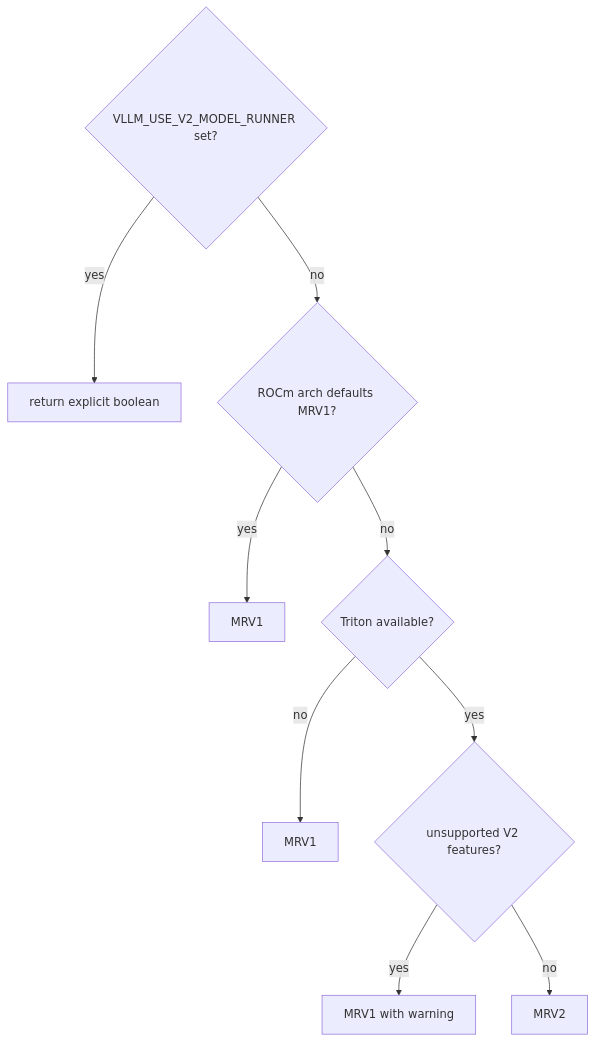
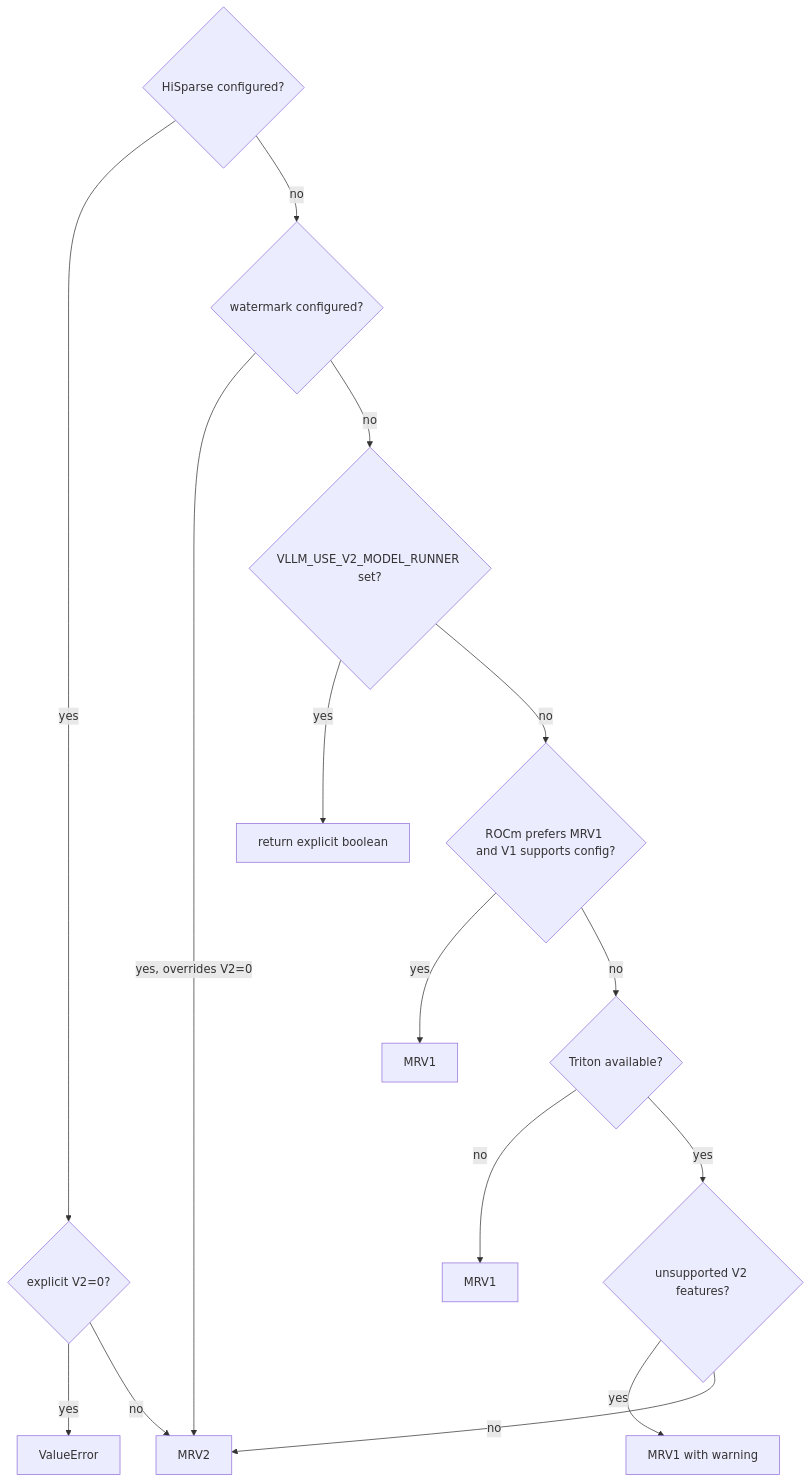
Diagram 36 of 41 in book/07-model-execution/README.md (cluster1900/vllm_reader), drawn with Mermaid before and after one commit. The commit also changed other lines of this file and 26 other files, not shown here.

````diff
--- a/book/07-model-execution/README.md
+++ b/book/07-model-execution/README.md
@@ -984,12 +1003,17 @@
 ```mermaid
 flowchart TD
-    ENV{"VLLM_USE_V2_MODEL_RUNNER set?"}
+    HS{"HiSparse configured?"} -->|yes| HSC{"explicit V2=0?"}
+    HSC -->|yes| ERR["ValueError"]
+    HSC -->|no| T["MRV2"]
+    HS -->|no| WM{"watermark configured?"}
+    WM -->|yes, overrides V2=0| T
+    WM -->|no| ENV{"VLLM_USE_V2_MODEL_RUNNER set?"}
     ENV -->|yes| RET["return explicit boolean"]
-    ENV -->|no| ROCM{"ROCm arch defaults MRV1?"}
+    ENV -->|no| ROCM{"ROCm prefers MRV1 and V1 supports config?"}
     ROCM -->|yes| F1["MRV1"]
     ROCM -->|no| TRI{"Triton available?"}
     TRI -->|no| F2["MRV1"]
     TRI -->|yes| UNS{"unsupported V2 features?"}
     UNS -->|yes| F3["MRV1 with warning"]
     UNS -->|no| T["MRV2"]
 ```
````
